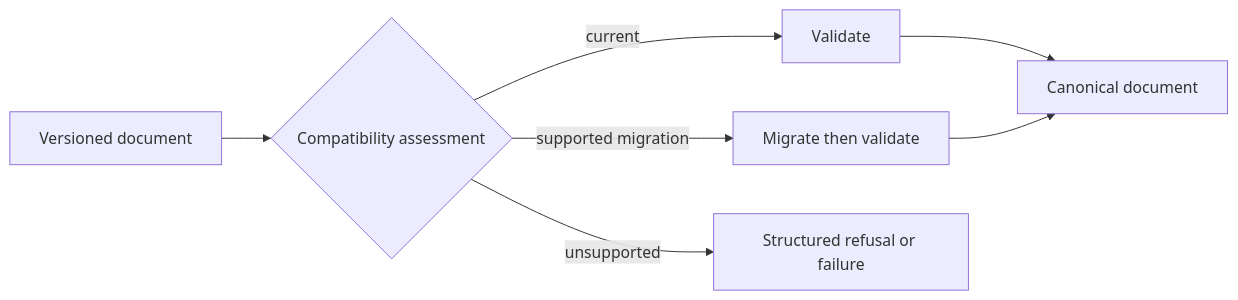
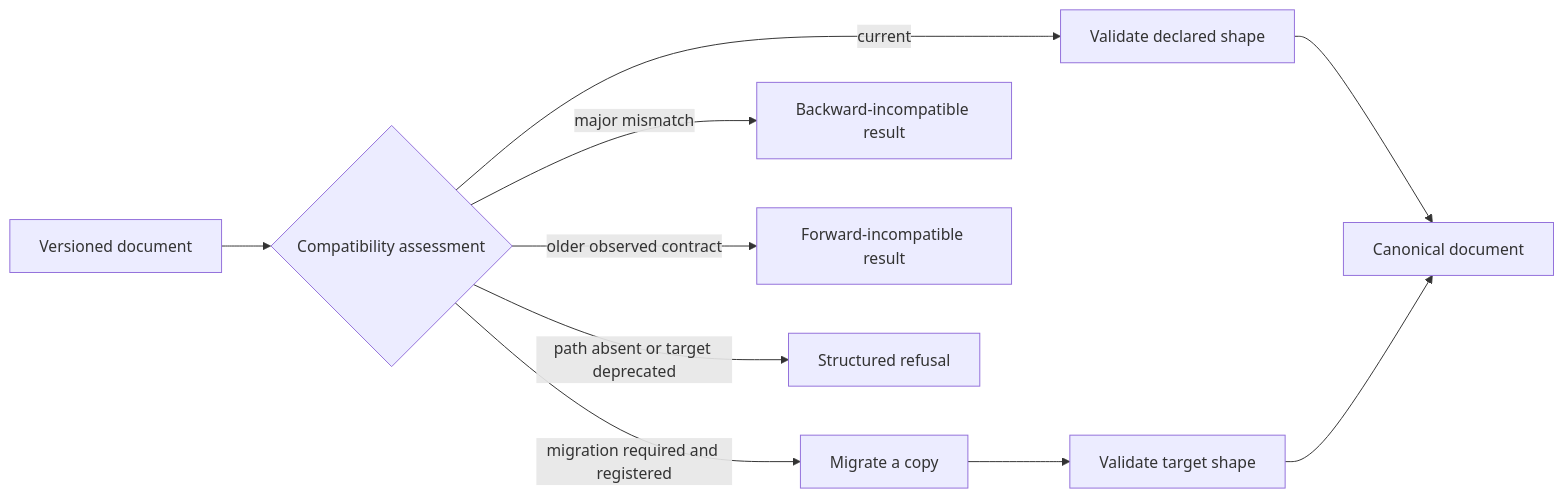
The second of 2 diagrams in docs/03-bijux-proteomics-foundation/architecture/execution-model.md (bijux/bijux-proteomics), drawn with Mermaid before and after one commit. The commit also changed other lines of this file and 2 other files, not shown here.

````diff
--- a/docs/03-bijux-proteomics-foundation/architecture/execution-model.md
+++ b/docs/03-bijux-proteomics-foundation/architecture/execution-model.md
@@ -38,9 +45,12 @@
 ```mermaid
 flowchart LR
     D[Versioned document] --> A{Compatibility assessment}
-    A -->|current| V[Validate]
-    A -->|supported migration| M[Migrate then validate]
-    A -->|unsupported| R[Structured refusal or failure]
+    A -->|current| V[Validate declared shape]
+    A -->|migration required and registered| M[Migrate a copy]
+    A -->|major mismatch| R[Backward-incompatible result]
+    A -->|older observed contract| F[Forward-incompatible result]
+    A -->|path absent or target deprecated| U[Structured refusal]
+    M --> MV[Validate target shape]
     V --> C[Canonical document]
-    M --> C
+    MV --> C
 ```
````
